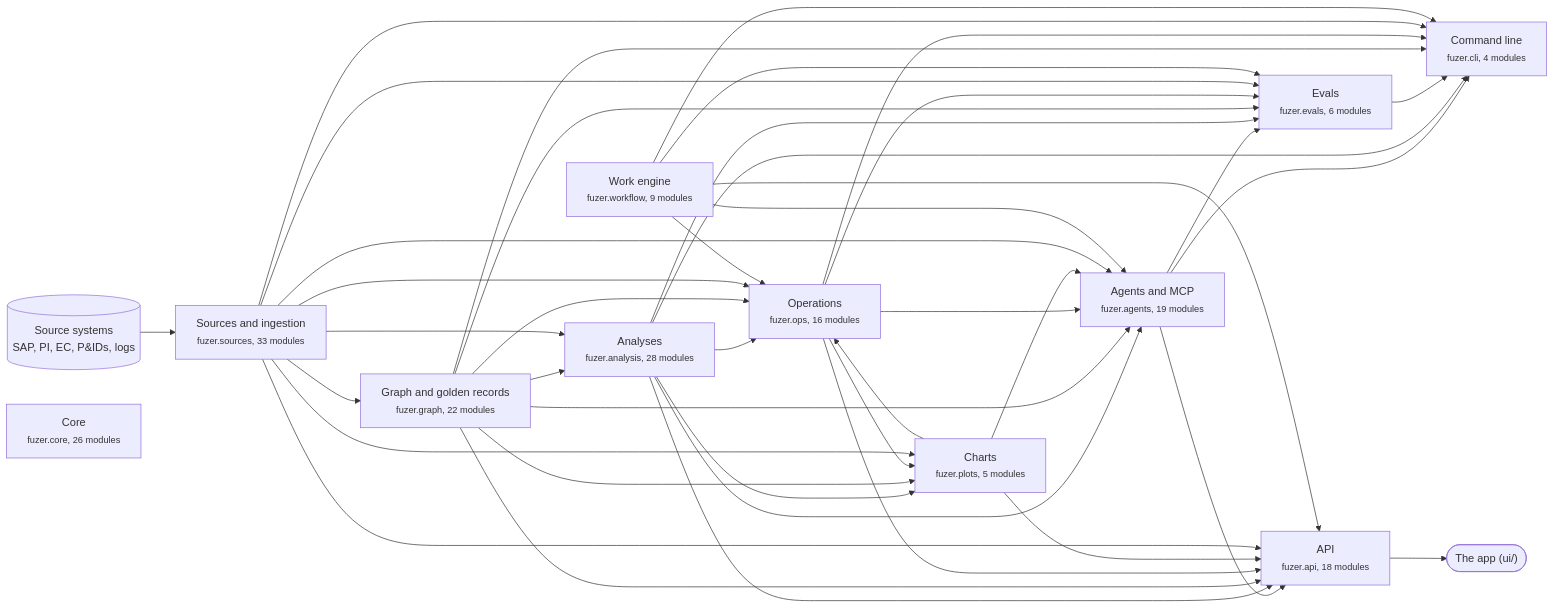
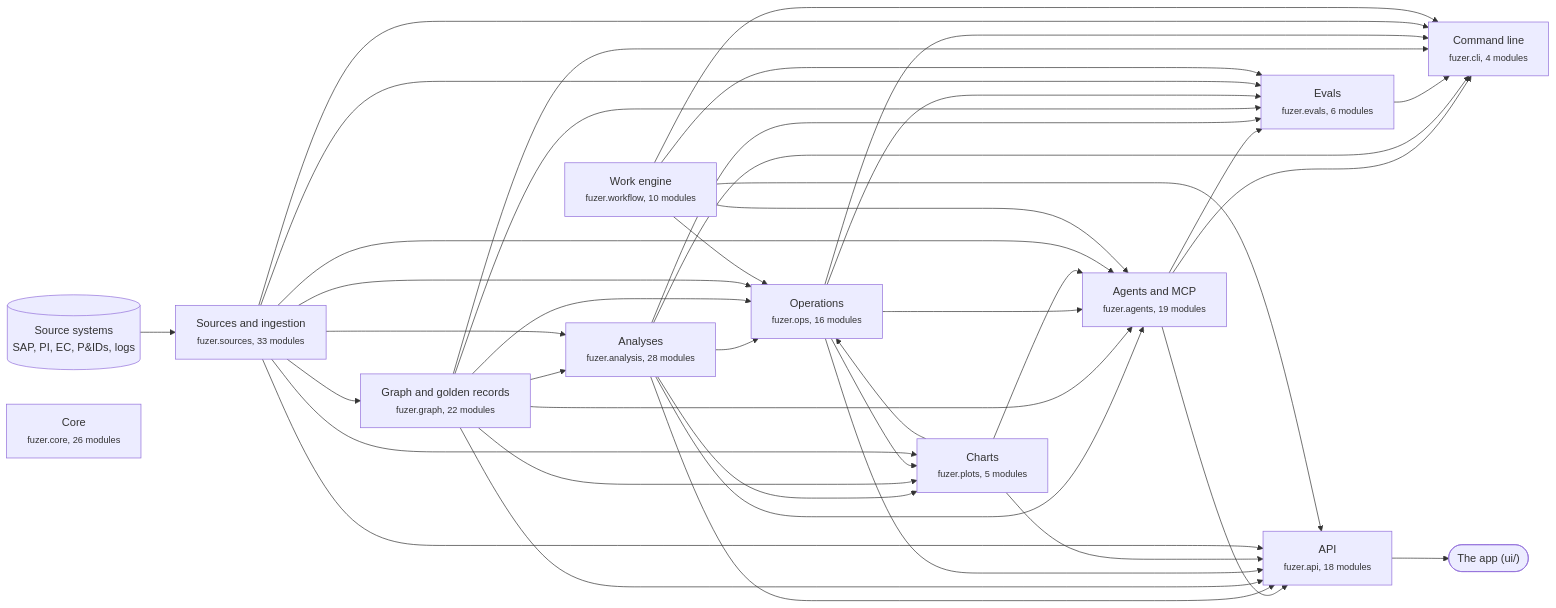
Before and after one commit to areed145/fuzer: the first of 3 diagrams in docs/architecture.md, drawn with Mermaid. The commit also changed other lines of this file and 13 other files, not shown here.

````diff
--- a/docs/architecture.md
+++ b/docs/architecture.md
@@ -8,66 +8,66 @@
 ```mermaid
 flowchart LR
   systems[("Source systems<br>SAP, PI, EC, P&IDs, logs")] --> c_sources
   app(["The app (ui/)"])
   c_api --> app
   c_sources["Sources and ingestion<br><small>fuzer.sources, 33 modules</small>"]
   c_graph["Graph and golden records<br><small>fuzer.graph, 22 modules</small>"]
   c_analysis["Analyses<br><small>fuzer.analysis, 28 modules</small>"]
   c_ops["Operations<br><small>fuzer.ops, 16 modules</small>"]
   c_plots["Charts<br><small>fuzer.plots, 5 modules</small>"]
-  c_workflow["Work engine<br><small>fuzer.workflow, 9 modules</small>"]
+  c_workflow["Work engine<br><small>fuzer.workflow, 10 modules</small>"]
   c_agents["Agents and MCP<br><small>fuzer.agents, 19 modules</small>"]
   c_evals["Evals<br><small>fuzer.evals, 6 modules</small>"]
   c_api["API<br><small>fuzer.api, 18 modules</small>"]
   c_cli["Command line<br><small>fuzer.cli, 4 modules</small>"]
   c_core["Core<br><small>fuzer.core, 26 modules</small>"]
   c_sources --> c_graph
   c_graph --> c_analysis
   c_sources --> c_analysis
   c_analysis --> c_ops
   c_graph --> c_ops
   c_plots --> c_ops
   c_sources --> c_ops
   c_workflow --> c_ops
   c_analysis --> c_plots
   c_graph --> c_plots
   c_ops --> c_plots
   c_sources --> c_plots
   c_analysis --> c_agents
   c_graph --> c_agents
   c_ops --> c_agents
   c_plots --> c_agents
   c_sources --> c_agents
   c_workflow --> c_agents
   c_agents --> c_evals
   c_analysis --> c_evals
   c_graph --> c_evals
   c_ops --> c_evals
   c_sources --> c_evals
   c_workflow --> c_evals
   c_agents --> c_api
   c_analysis --> c_api
   c_graph --> c_api
   c_ops --> c_api
   c_plots --> c_api
   c_sources --> c_api
   c_workflow --> c_api
   c_agents --> c_cli
   c_analysis --> c_cli
   c_evals --> c_cli
   c_graph --> c_cli
   c_ops --> c_cli
   c_sources --> c_cli
   c_workflow --> c_cli
   click c_sources "https://github.com/areed145/fuzer/tree/main/src/fuzer/sources"
   click c_graph "https://github.com/areed145/fuzer/tree/main/src/fuzer/graph"
   click c_analysis "https://github.com/areed145/fuzer/tree/main/src/fuzer/analysis"
   click c_ops "https://github.com/areed145/fuzer/tree/main/src/fuzer/ops"
   click c_plots "https://github.com/areed145/fuzer/tree/main/src/fuzer/plots"
   click c_workflow "https://github.com/areed145/fuzer/tree/main/src/fuzer/workflow"
   click c_agents "https://github.com/areed145/fuzer/tree/main/src/fuzer/agents"
   click c_evals "https://github.com/areed145/fuzer/tree/main/src/fuzer/evals"
   click c_api "https://github.com/areed145/fuzer/tree/main/src/fuzer/api"
   click c_cli "https://github.com/areed145/fuzer/tree/main/src/fuzer/cli"
   click c_core "https://github.com/areed145/fuzer/tree/main/src/fuzer/core"
 ```
````
